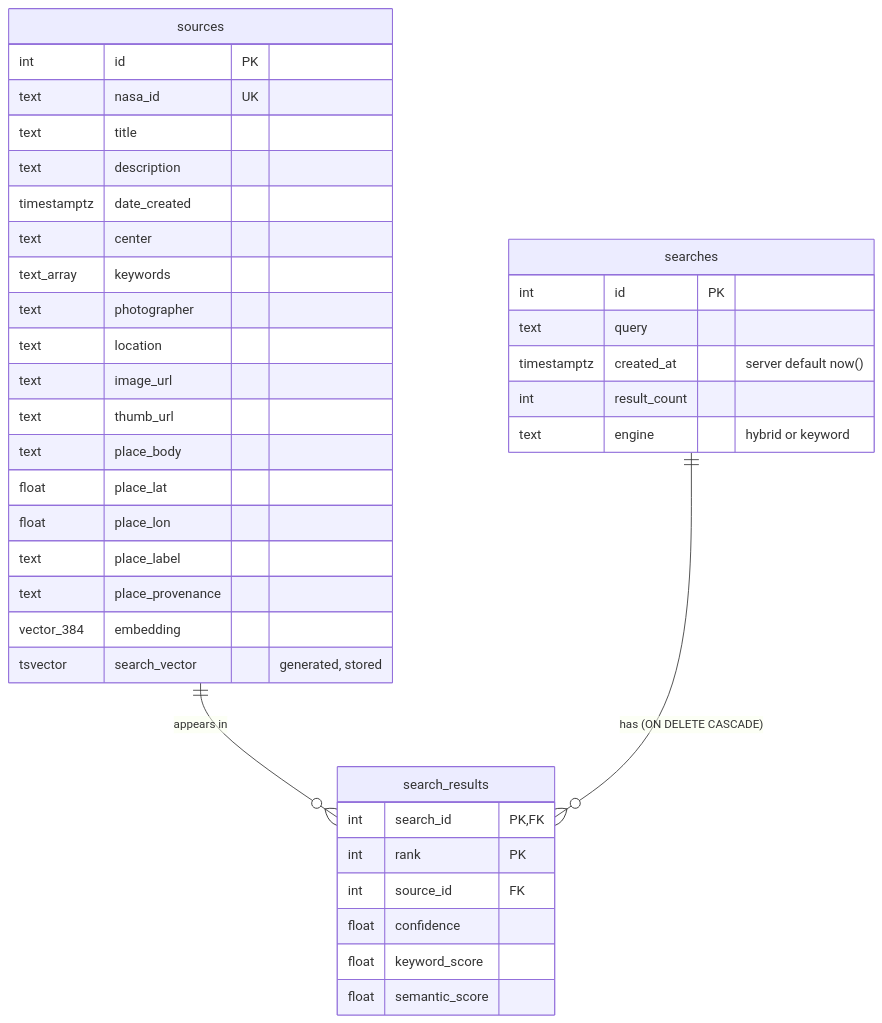
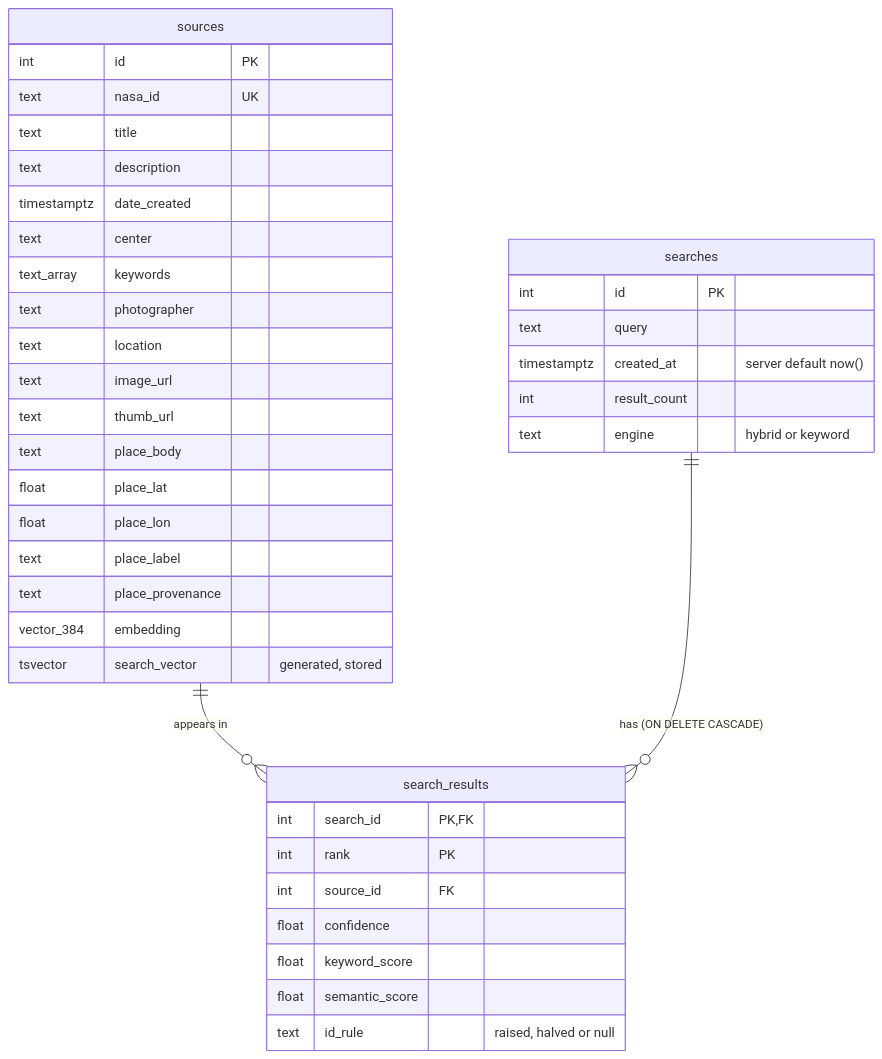
The third of 3 diagrams in docs/ARCHITECTURE.md (eli8levit/conntour-space-explorer), drawn with Mermaid before and after one commit. The commit also changed other lines of this file and 3 other files, not shown here.

````diff
--- a/docs/ARCHITECTURE.md
+++ b/docs/ARCHITECTURE.md
@@ -88,41 +89,42 @@
 ```mermaid
 erDiagram
     sources ||--o{ search_results : "appears in"
     searches ||--o{ search_results : "has (ON DELETE CASCADE)"
 
     sources {
         int id PK
         text nasa_id UK
         text title
         text description
         timestamptz date_created
         text center
         text_array keywords
         text photographer
         text location
         text image_url
         text thumb_url
         text place_body
         float place_lat
         float place_lon
         text place_label
         text place_provenance
         vector_384 embedding
         tsvector search_vector "generated, stored"
     }
     searches {
         int id PK
         text query
         timestamptz created_at "server default now()"
         int result_count
         text engine "hybrid or keyword"
     }
     search_results {
         int search_id PK, FK
         int rank PK
         int source_id FK
         float confidence
         float keyword_score
         float semantic_score
+        text id_rule "raised, halved or null"
     }
 ```
````
